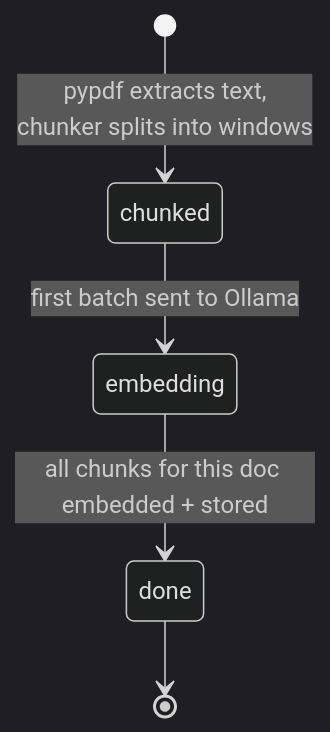
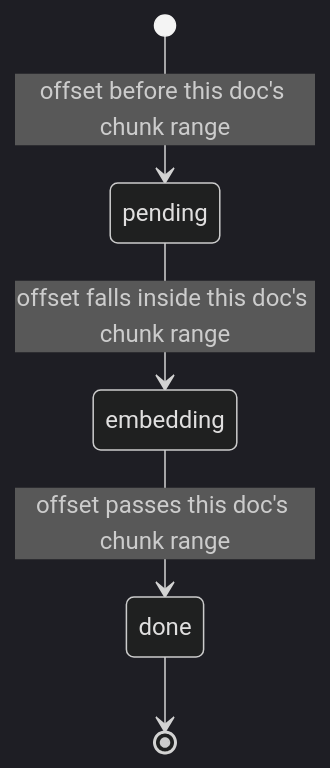
One commit to nitingawali27/rag-knowledge-explorer changed the third of 6 diagrams in Flow_Control.md. Above: the diagram before and after it, drawn with Mermaid (dark theme). The commit also changed other lines of this file and 28 other files, not shown here.

````diff
--- a/Flow_Control.md
+++ b/Flow_Control.md
@@ -114,7 +110,7 @@
 ```mermaid
 stateDiagram-v2
-    [*] --> chunked: pypdf extracts text,<br/>chunker splits into windows
-    chunked --> embedding: first batch sent to Ollama
-    embedding --> done: all chunks for this doc embedded + stored
+    [*] --> pending: offset before this doc's chunk range
+    pending --> embedding: offset falls inside this doc's chunk range
+    embedding --> done: offset passes this doc's chunk range
     done --> [*]
 ```
````
